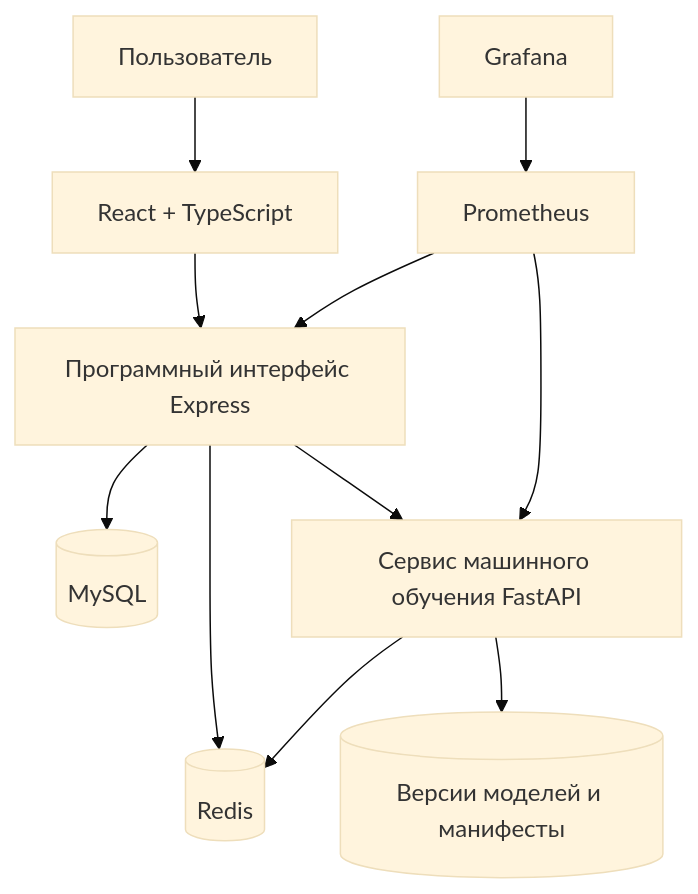
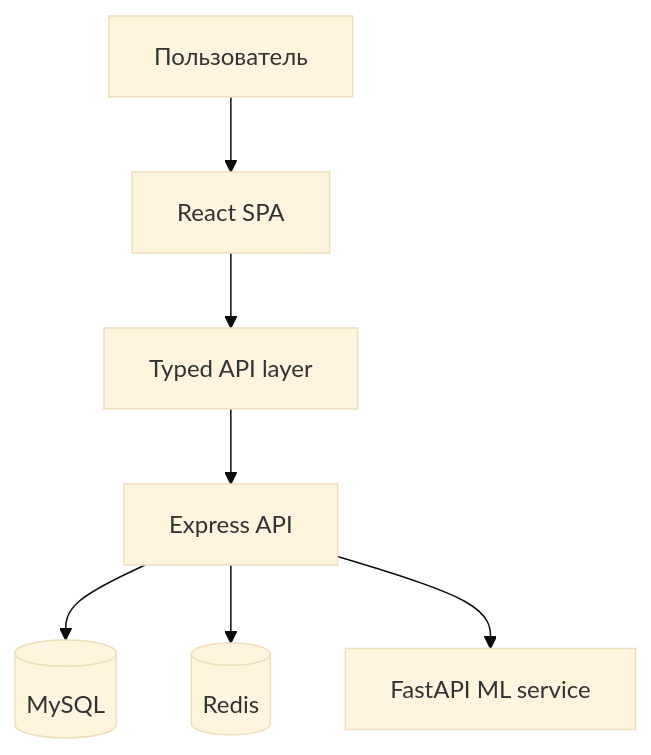
The second of 2 diagrams in README.md (antipozitife/sealara), drawn with Mermaid (base theme) before and after one commit. The commit also changed other lines of this file and 91 other files, not shown here.

````diff
--- a/README.md
+++ b/README.md
@@ -123,16 +362,9 @@
 ```mermaid
 flowchart TB
-    U["Пользователь"] --> F["React + TypeScript"]
-    F --> A["Программный интерфейс Express"]
-
-    A --> DB[("MySQL")]
-    A --> R[("Redis")]
-    A --> ML["Сервис машинного обучения FastAPI"]
-
-    ML --> R
-    ML --> M[("Версии моделей и манифесты")]
-
-    P["Prometheus"] --> A
-    P --> ML
-    G["Grafana"] --> P
+    U["Пользователь"] --> F["React SPA"]
+    F --> A["Typed API layer"]
+    A --> API["Express API"]
+    API --> DB[("MySQL")]
+    API --> R[("Redis")]
+    API --> ML["FastAPI ML service"]
 ```
````
